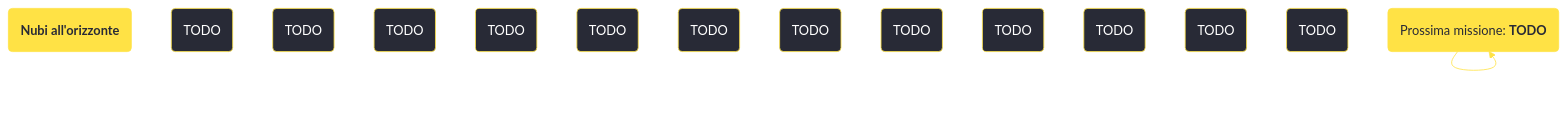
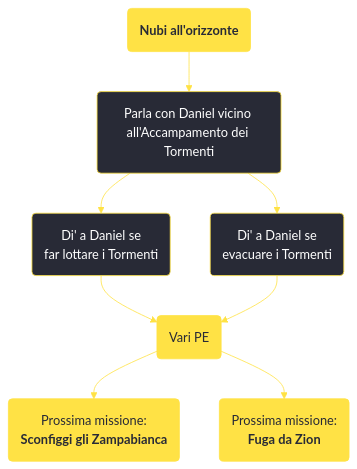
One commit to persy/wastelander changed the diagram in content/voci/fallout new vegas/missioni/Nubi all'orizzonte.md. Above: the diagram before and after it, drawn with Mermaid. The commit also changed 174 other files, not shown here.

````diff
--- a/content/voci/fallout new vegas/missioni/Nubi all'orizzonte.md
+++ b/content/voci/fallout new vegas/missioni/Nubi all'orizzonte.md
@@ -32,24 +32,18 @@
 ```mermaid
 %%{init: {'theme': 'base', 'themeVariables': { 'primaryColor': '#282a36', 'primaryBorderColor': '#ffe245', 'primaryTextColor': '#fff', 'lineColor': '#ffe245', 'fontFamily': 'Jura'}}}%%
 graph TD;
     id1(<b>Nubi all'orizzonte</b>):::questfnv
-    id2(TODO)
-    id3(TODO)
-    id4(TODO)
-    id5(TODO)
-    id6(TODO)
-    id7(TODO) 
-    id8(TODO)
-    id9(TODO)
-    id10(TODO)
-    id11(TODO)
-    id12(TODO)
-    id13(TODO) 
-    id(TODO):::rewardfnv
-    id(Prossima missione: <b>TODO</b>):::questfnv
-    id-->id-->id-->id-->id-->id-->id
+    id2(Parla con Daniel vicino <br />all'Accampamento dei Tormenti)
+    id3(Di' a Daniel se <br />far lottare i Tormenti)
+    id4(Di' a Daniel se <br />evacuare i Tormenti)
+    id5(Vari PE):::rewardfnv
+    id6(Prossima missione: <br /><b>Sconfiggi gli Zampabianca</b>):::questfnv
+    id7(Prossima missione: <br /><b>Fuga da Zion</b>):::questfnv
     
-    click id "../TODO"
+    id1-->id2-->id3 & id4-->id5-->id6 & id7
+    
+    click id6 "../sconfiggi-gli-zampabianca"
+    click id7 "../fuga-da-zion"
     classDef rewardfnv fill:#ffe245, stroke:#ffe245, color:#282a36;
     classDef questfnv fill:#ffe245, stroke:#ffe245, color:#282a36;
 ```
````
